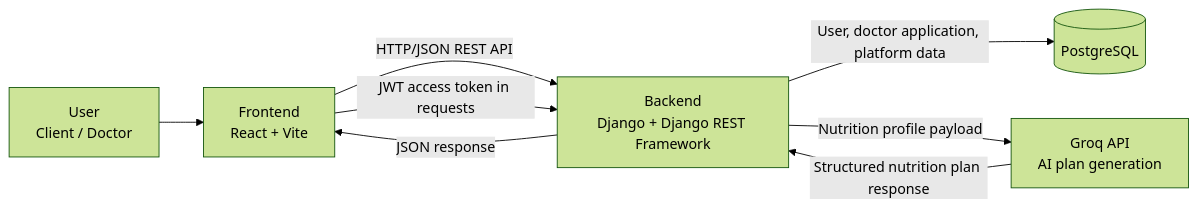
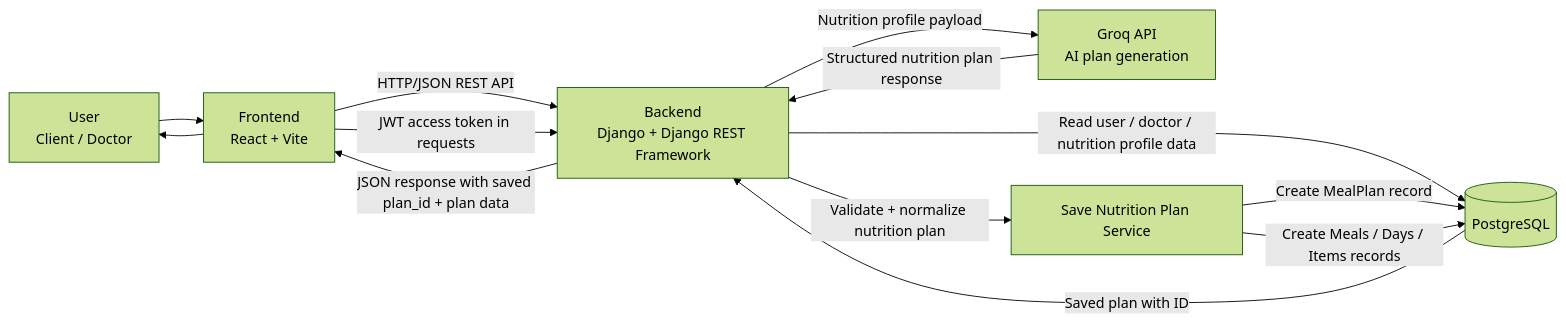
Before and after one commit to aliabdullah1215/holbertonschool-portfolio_project: the first of 11 diagrams in Technical Documentation.md, drawn with Mermaid (forest theme).

Commit message:
Revise data flow in technical documentation
Updated the technical documentation to reflect changes in data flow and interactions between components.

````diff
--- a/Technical Documentation.md
+++ b/Technical Documentation.md
@@ -71,14 +71,24 @@
 ```mermaid
 flowchart LR
     U[User<br/>Client / Doctor] --> FE[Frontend<br/>React + Vite]
 
     FE -->|HTTP/JSON REST API| BE[Backend<br/>Django + Django REST Framework]
     FE -->|JWT access token in requests| BE
 
-    BE -->|User, doctor application, platform data| DB[(PostgreSQL)]
+    BE -->|Read user / doctor / nutrition profile data| DB[(PostgreSQL)]
+
     BE -->|Nutrition profile payload| GROQ[Groq API<br/>AI plan generation]
 
     GROQ -->|Structured nutrition plan response| BE
-    BE -->|JSON response| FE
+
+    BE -->|Validate + normalize nutrition plan| S[Save Nutrition Plan Service]
+
+    S -->|Create MealPlan record| DB
+    S -->|Create Meals / Days / Items records| DB
+
+    DB -->|Saved plan with ID| BE
+
+    BE -->|JSON response with saved plan_id + plan data| FE
+    FE --> U
 
 ```
````
